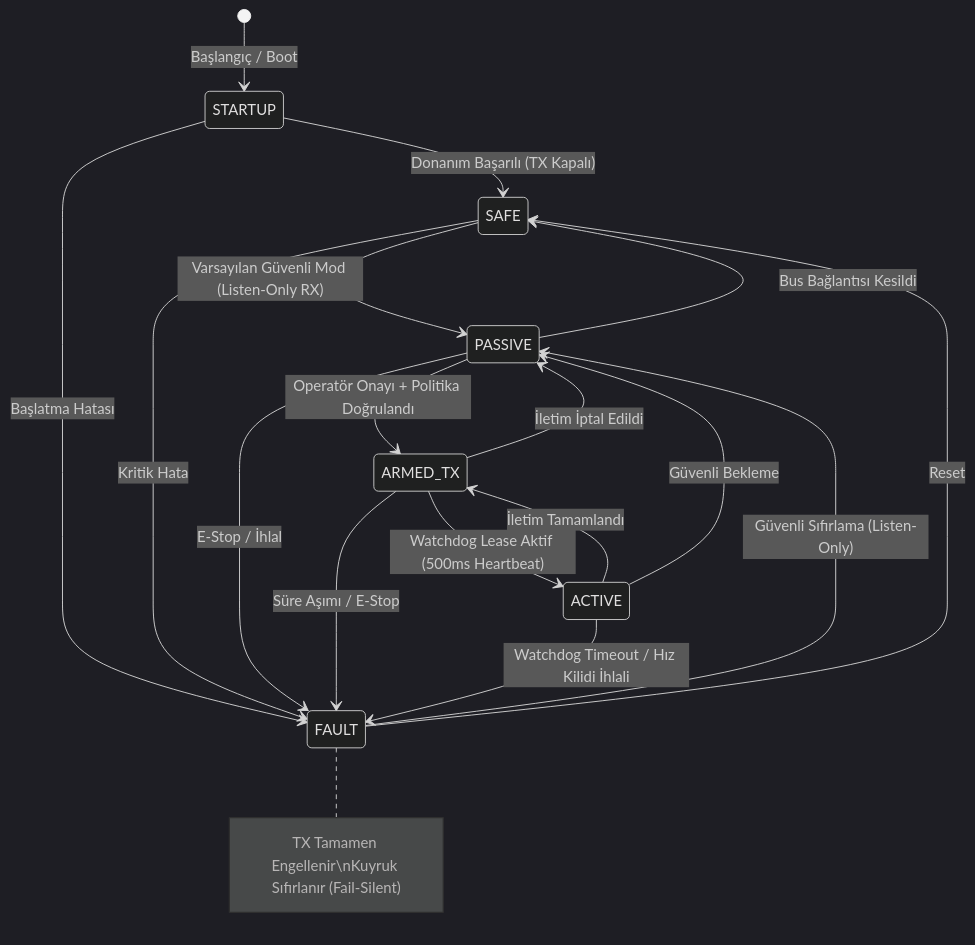
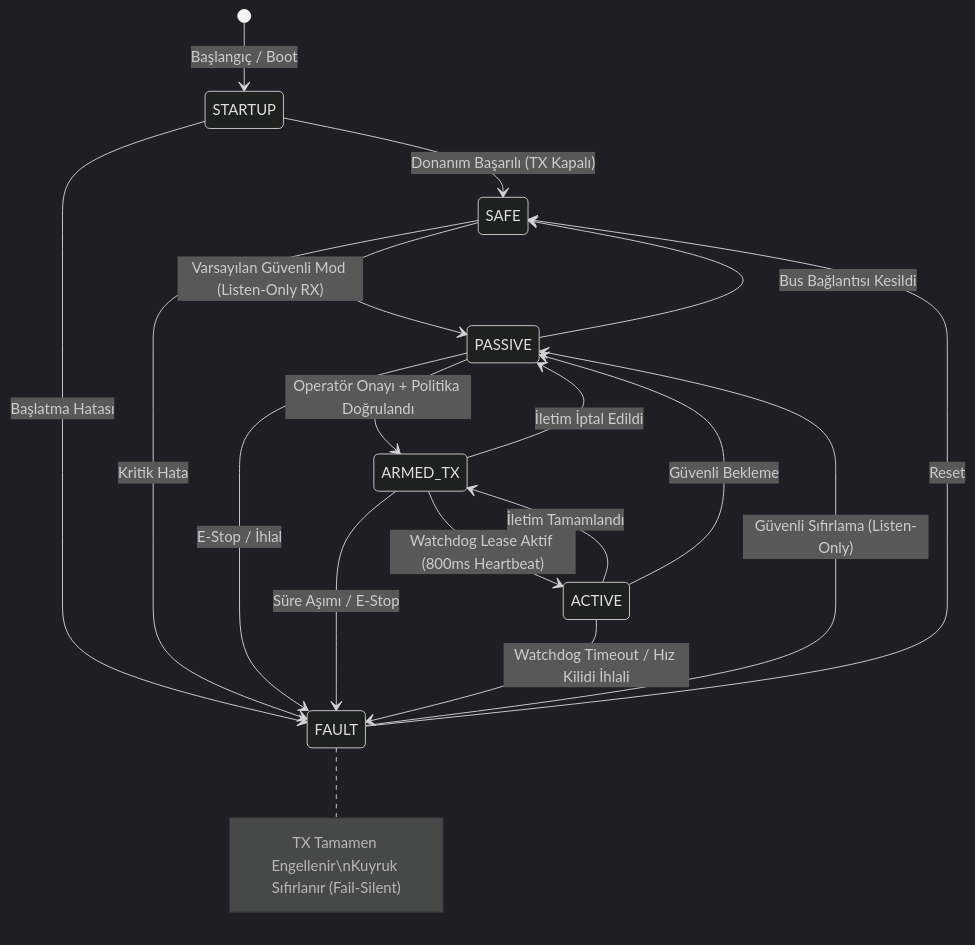
Before and after one commit to si6n/Universal-CAN-BUS-Tool: the second of 3 diagrams in README.md, drawn with Mermaid (dark theme). The commit also changed other lines of this file and 12 other files, not shown here.

````diff
--- a/README.md
+++ b/README.md
@@ -170,25 +170,25 @@
 ```mermaid
 stateDiagram-v2
     [*] --> STARTUP : Başlangıç / Boot
     STARTUP --> SAFE : Donanım Başarılı (TX Kapalı)
     STARTUP --> FAULT : Başlatma Hatası
     
     SAFE --> PASSIVE : Varsayılan Güvenli Mod (Listen-Only RX)
     SAFE --> FAULT : Kritik Hata
     
     PASSIVE --> ARMED_TX : Operatör Onayı + Politika Doğrulandı
     PASSIVE --> SAFE : Bus Bağlantısı Kesildi
     PASSIVE --> FAULT : E-Stop / İhlal
     
-    ARMED_TX --> ACTIVE : Watchdog Lease Aktif (500ms Heartbeat)
+    ARMED_TX --> ACTIVE : Watchdog Lease Aktif (800ms Heartbeat)
     ARMED_TX --> PASSIVE : İletim İptal Edildi
     ARMED_TX --> FAULT : Süre Aşımı / E-Stop
     
     ACTIVE --> ARMED_TX : İletim Tamamlandı
     ACTIVE --> PASSIVE : Güvenli Bekleme
     ACTIVE --> FAULT : Watchdog Timeout / Hız Kilidi İhlali
     
     FAULT --> PASSIVE : Güvenli Sıfırlama (Listen-Only)
     FAULT --> SAFE : Reset
     note right of FAULT: TX Tamamen Engellenir\nKuyruk Sıfırlanır (Fail-Silent)
 ```
````
